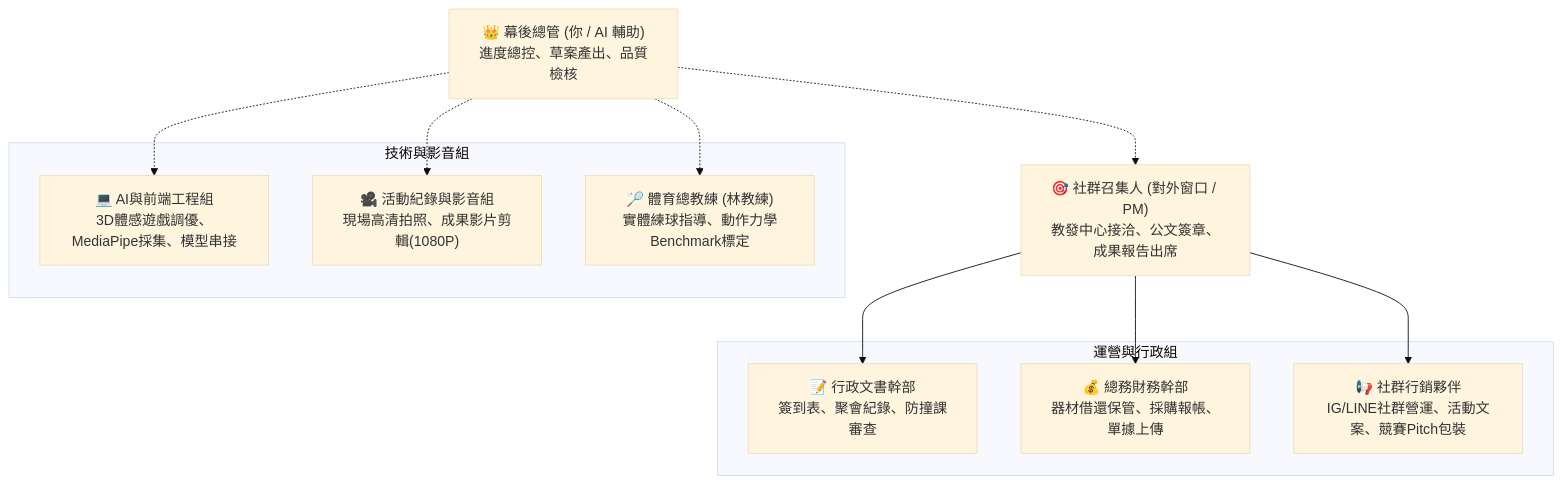
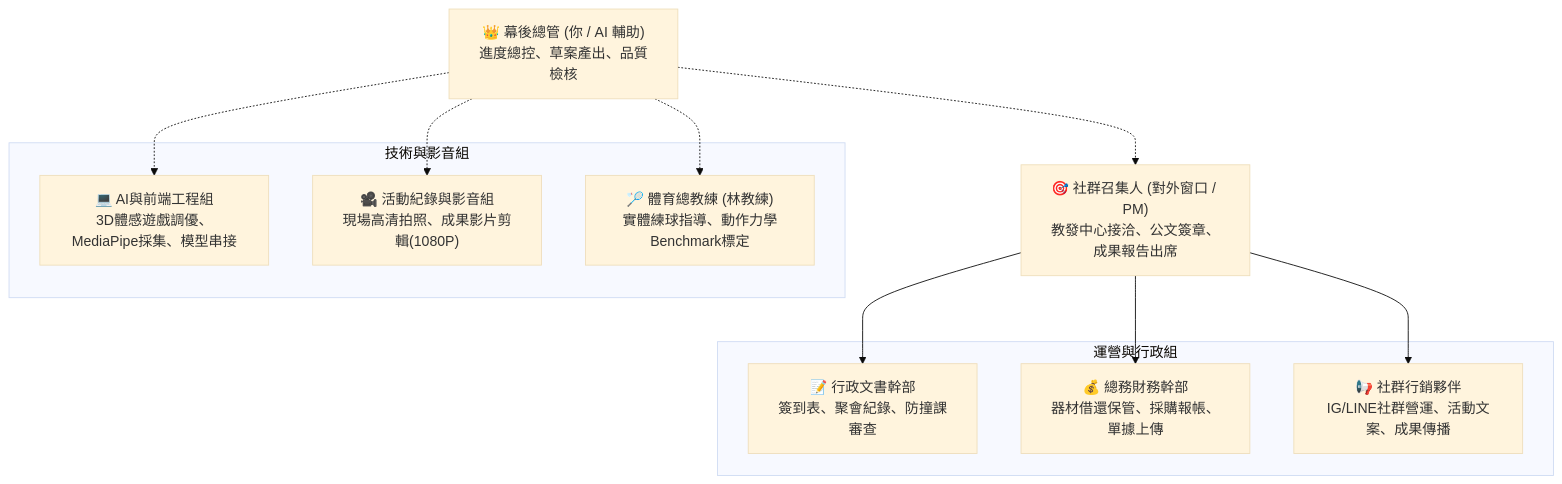
One commit to KalmanGoose/nchu-pickleball-recruit changed the diagram in 00_總管理手冊_SOP/01_全體幹部與成員完整工作職掌手冊.md. Above: the diagram before and after it, drawn with Mermaid (base theme). The commit also changed other lines of this file and 10 other files, not shown here.

````diff
--- a/00_總管理手冊_SOP/01_全體幹部與成員完整工作職掌手冊.md
+++ b/00_總管理手冊_SOP/01_全體幹部與成員完整工作職掌手冊.md
@@ -9,25 +9,25 @@
 ```mermaid
 graph TD
     SuperAdmin["👑 幕後總管 (你 / AI 輔助)<br>進度總控、草案產出、品質檢核"]
     Convener["🎯 社群召集人 (對外窗口 / PM)<br>教發中心接洽、公文簽章、成果報告出席"]
     
     subgraph 運營與行政組
         Admin["📝 行政文書幹部<br>簽到表、聚會紀錄、防撞課審查"]
         Finance["💰 總務財務幹部<br>器材借還保管、採購報帳、單據上傳"]
-        Marketing["📢 社群行銷夥伴<br>IG/LINE社群營運、活動文案、競賽Pitch包裝"]
+        Marketing["📢 社群行銷夥伴<br>IG/LINE社群營運、活動文案、成果傳播"]
     end
 
     subgraph 技術與影音組
         Tech["💻 AI與前端工程組<br>3D體感遊戲調優、MediaPipe採集、模型串接"]
         Media["🎥 活動紀錄與影音組<br>現場高清拍照、成果影片剪輯(1080P)"]
         Coach["🏸 體育總教練 (林教練)<br>實體練球指導、動作力學Benchmark標定"]
     end
 
     SuperAdmin -.-> Convener
     Convener --> Admin
     Convener --> Finance
     Convener --> Marketing
     SuperAdmin -.-> Tech
     SuperAdmin -.-> Media
     SuperAdmin -.-> Coach
 ```
````
